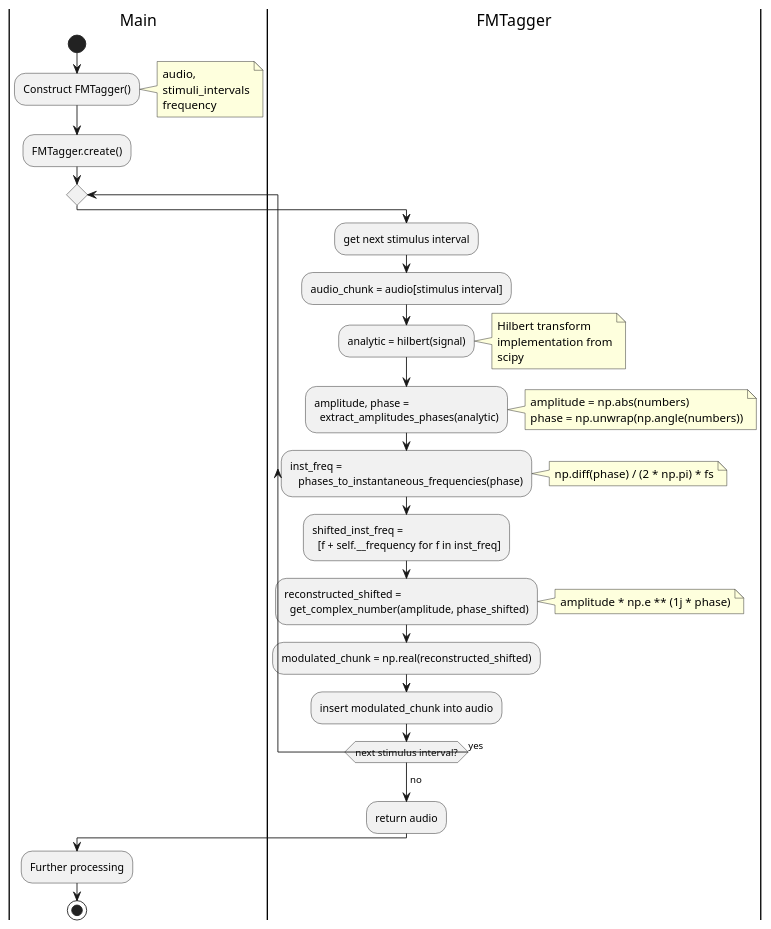
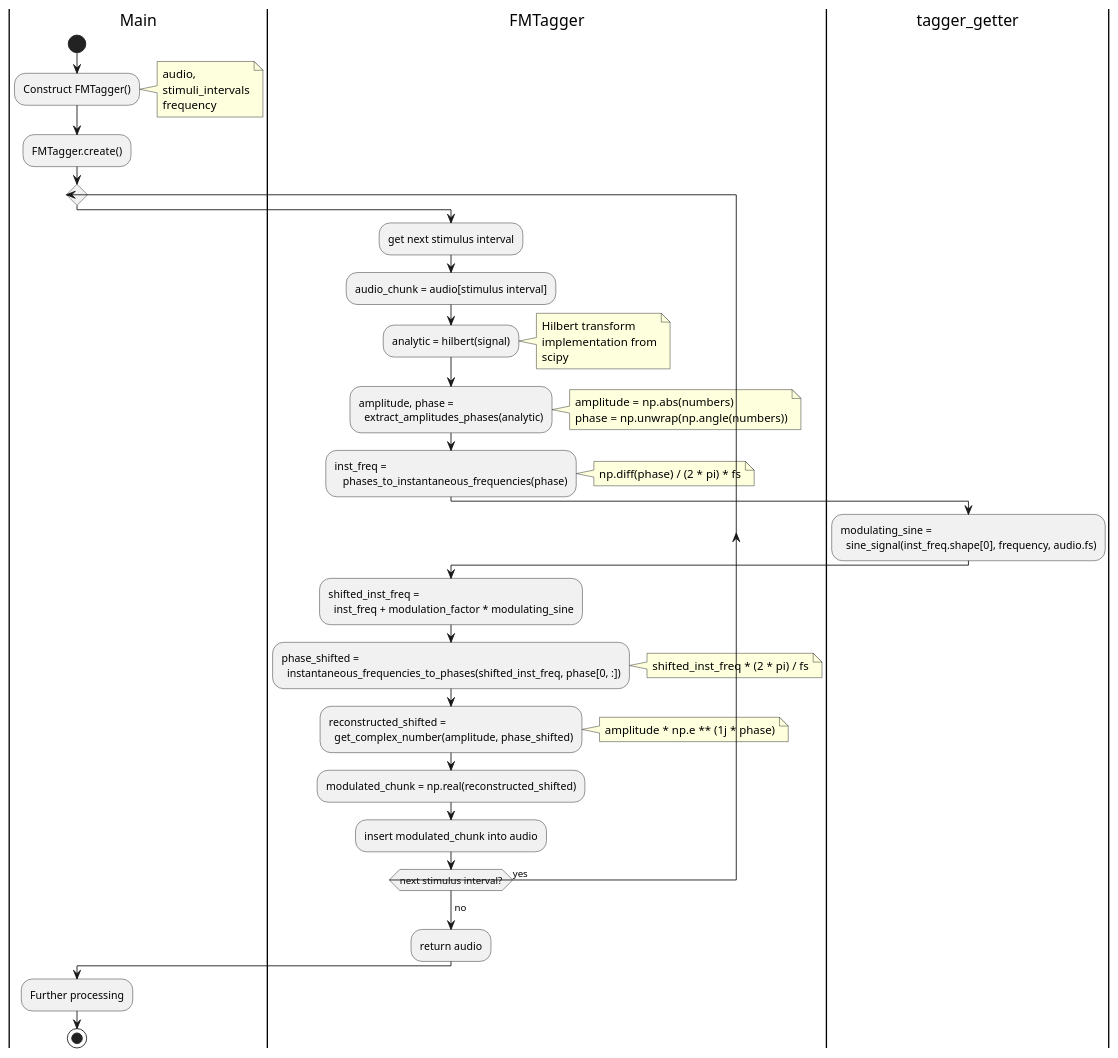
Before and after one commit to michalrzak/auditory-intention-decoding: the diagram in diagrams/plantuml/activity/assr_fm_tagger.puml, drawn with PlantUML. The commit also changed 6 other files, not shown here.

```diff
--- a/diagrams/plantuml/activity/assr_fm_tagger.puml
+++ b/diagrams/plantuml/activity/assr_fm_tagger.puml
@@ -1,57 +1,70 @@
 @startuml
 'https://plantuml.com/activity-diagram-beta
 
 |Main|
 start
 :Construct FMTagger();
 note right
     audio,
     stimuli_intervals
     frequency
 end note
 
 :FMTagger.create();
 
 repeat
     |FMTagger|
     :get next stimulus interval;
     :audio_chunk = audio[stimulus interval];
 
     :analytic = hilbert(signal);
     note right
         Hilbert transform
         implementation from
         scipy
     end note
     :amplitude, phase =
       extract_amplitudes_phases(analytic);
     note right
         amplitude = np.abs(numbers)
         phase = np.unwrap(np.angle(numbers))
     end note
 
     :inst_freq =
        phases_to_instantaneous_frequencies(phase);
     note right
-        np.diff(phase) / (2 * np.pi) * fs
+        np.diff(phase) / (2 * pi) * fs
     end note
+
+    |tagger_getter|
+    :modulating_sine =
+      sine_signal(inst_freq.shape[0], frequency, audio.fs);
+
+    |FMTagger|
     :shifted_inst_freq =
-      [f + self.__frequency for f in inst_freq];
+      inst_freq + modulation_factor * modulating_sine;
+
+    :phase_shifted =
+      instantaneous_frequencies_to_phases(shifted_inst_freq, phase[0, :]);
+    note right
+        shifted_inst_freq * (2 * pi) / fs
+    end note
+
     :reconstructed_shifted =
       get_complex_number(amplitude, phase_shifted);
     note right
         amplitude * np.e ** (1j * phase)
     end note
 
     :modulated_chunk = np.real(reconstructed_shifted);
     :insert modulated_chunk into audio;
 repeat while(next stimulus interval?) is (yes)
 ->no;
 :return audio;
 
 |Main|
 :Further processing;
 stop
 
 
 @enduml
```
